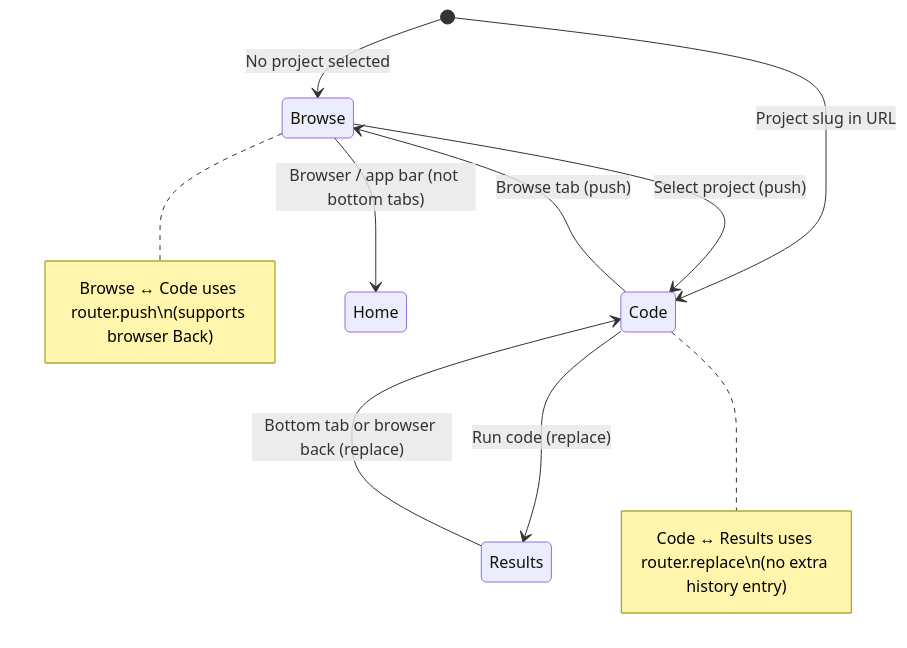
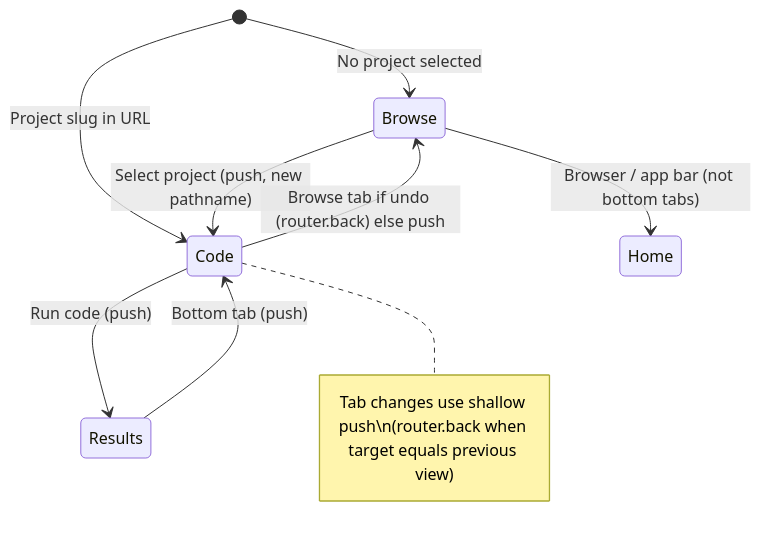
The third of 3 diagrams in docs/MOBILE_PLAYGROUND.md (mkayander/dStruct), drawn with Mermaid before and after one commit. The commit also changed other lines of this file and 5 other files, not shown here.

````diff
--- a/docs/MOBILE_PLAYGROUND.md
+++ b/docs/MOBILE_PLAYGROUND.md
@@ -74,15 +74,14 @@
 ```mermaid
 stateDiagram-v2
     [*] --> Browse : No project selected
     [*] --> Code : Project slug in URL
 
-    Browse --> Code : Select project (push)
-    Code --> Browse : Browse tab (push)
+    Browse --> Code : Select project (push, new pathname)
+    Code --> Browse : Browse tab if undo (router.back) else push
     Browse --> Home : Browser / app bar (not bottom tabs)
 
-    Code --> Results : Run code (replace)
-    Results --> Code : Bottom tab or browser back (replace)
+    Code --> Results : Run code (push)
+    Results --> Code : Bottom tab (push)
 
-    note right of Code : Code ↔ Results uses router.replace\n(no extra history entry)
-    note right of Browse : Browse ↔ Code uses router.push\n(supports browser Back)
+    note right of Code : Tab changes use shallow push\n(router.back when target equals previous view)
 ```
````
